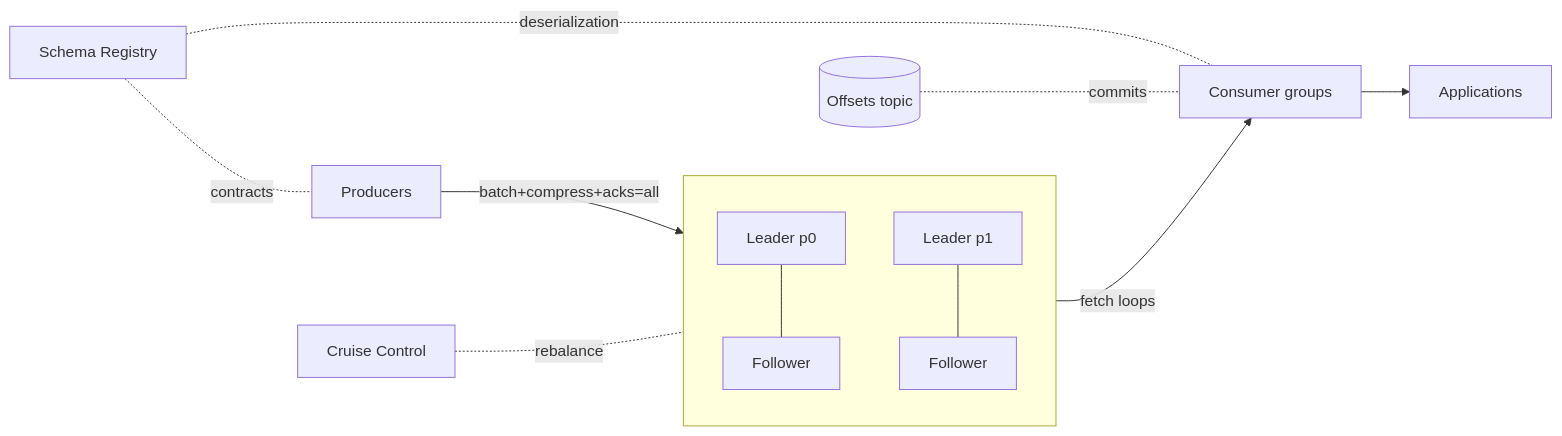
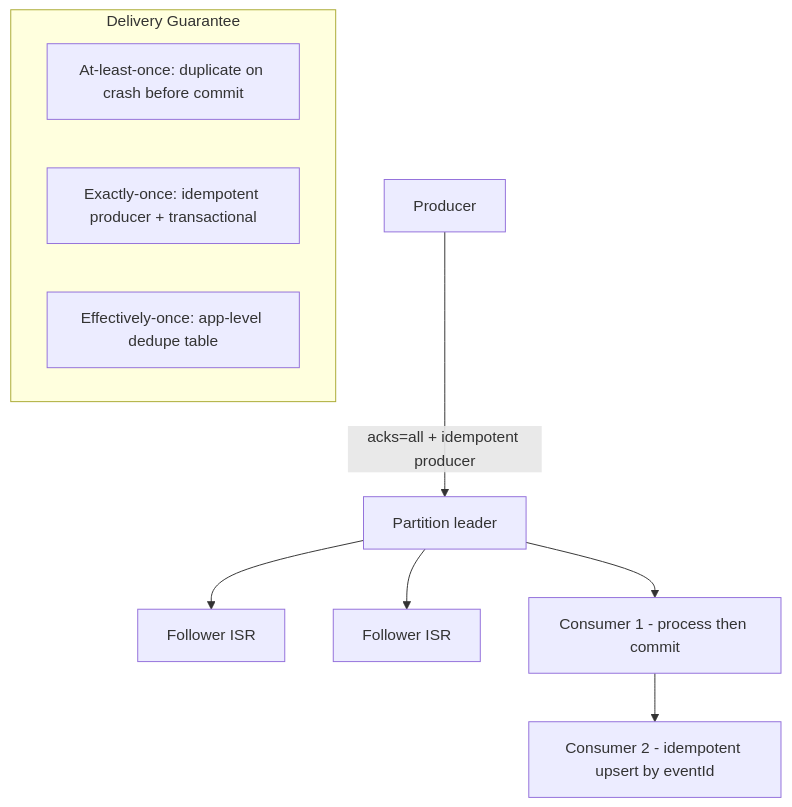
Before and after one commit to abhishekghoshh/system-design-helper: the fifth of 15 diagrams in docs/system-design/high-level/designing/advanced/distributed-messaging-queue.md, drawn with Mermaid. The commit also changed other lines of this file and 107 other files, not shown here.

````diff
--- a/docs/system-design/high-level/designing/advanced/distributed-messaging-queue.md
+++ b/docs/system-design/high-level/designing/advanced/distributed-messaging-queue.md
@@ -142,14 +482,13 @@
 ```mermaid
-flowchart LR
-    PRODS[Producers] -->|batch+compress+acks=all| BR[Broker cluster]
-    subgraph BR[ ]
-      L1[Leader p0] --- F1[Follower]
-      L2[Leader p1] --- F2[Follower]
+graph TD
+    PM[Producer] -->|acks=all + idempotent producer| L[Partition leader]
+    L --> F1[Follower ISR]
+    L --> F2[Follower ISR]
+    L --> C1[Consumer 1 - process then commit]
+    C1 --> C2[Consumer 2 - idempotent upsert by eventId]
+    subgraph Guarantee["Delivery Guarantee"]
+        G1[At-least-once: duplicate on crash before commit]
+        G2[Exactly-once: idempotent producer + transactional]
+        G3[Effectively-once: app-level dedupe table]
     end
-    BR -->|fetch loops| CONS[Consumer groups]
-    CONS --> APPS[Applications]
-    SR[Schema Registry] -.contracts.- PRODS
-    SR -.deserialization.- CONS
-    CC[Cruise Control] -.rebalance.- BR
-    OFF[(Offsets topic)] -.commits.- CONS
 ```
````
